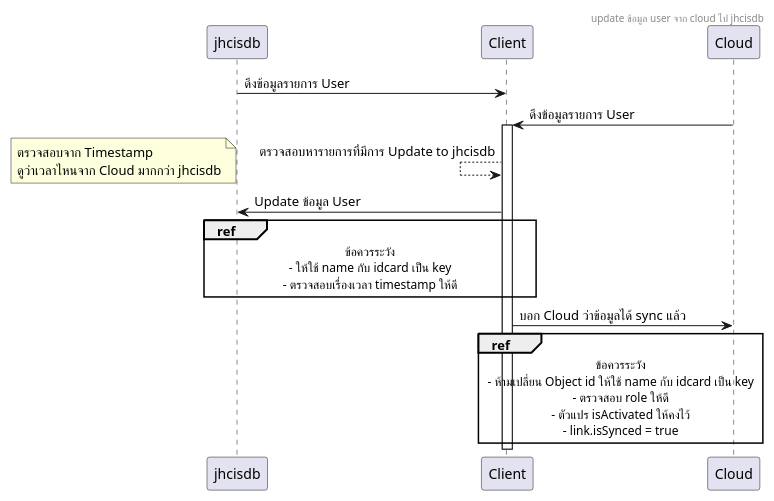
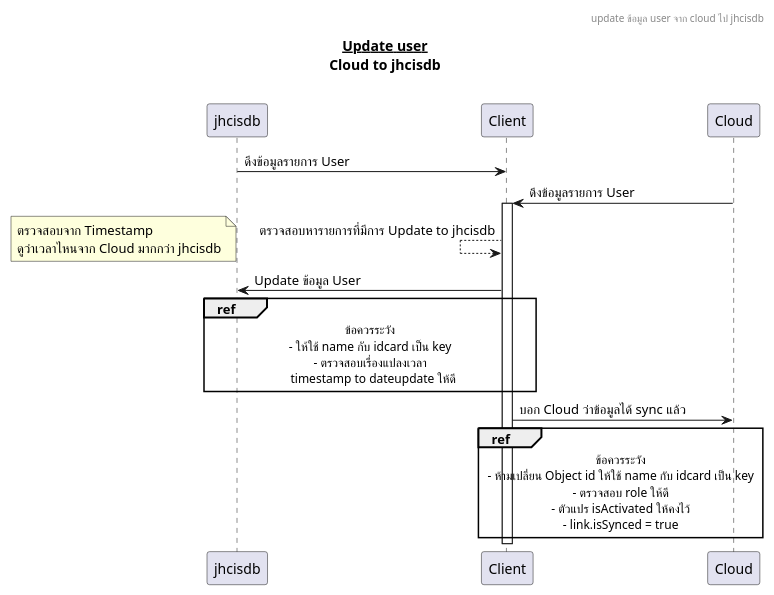
The diagram in uml/design_syncuser_cloud2client.plantuml (ffc-nectec/api-doc), drawn with PlantUML before and after one commit.

Commit message:
update plantuml flow

```diff
--- a/uml/design_syncuser_cloud2client.plantuml
+++ b/uml/design_syncuser_cloud2client.plantuml
@@ -1,29 +1,31 @@
 @startuml
-header update ข้อมูล user จาก cloud ไป jhcisdb 
+header update ข้อมูล user จาก cloud ไป jhcisdb
+title __**Update user**__\nCloud to jhcisdb\n
   jhcisdb -> Client: ดึงข้อมูลรายการ User
   Client <- Cloud: ดึงข้อมูลรายการ User
   activate Client
   Client <-- Client: ตรวจสอบหารายการที่มีการ Update to jhcisdb
   note left
     ตรวจสอบจาก Timestamp
     ดูว่าเวลาไหนจาก Cloud มากกว่า jhcisdb
   end note
 
   'Update ข้อมูล User ไป Jhcisdb
   jhcisdb <- Client: Update ข้อมูล User
   ref over jhcisdb, Client
     ข้อควรระวัง
     - ให้ใช้ name กับ idcard เป็น key
-    - ตรวจสอบเรื่องเวลา timestamp ให้ดี
+    - ตรวจสอบเรื่องแปลงเวลา
+      timestamp to dateupdate ให้ดี
   end ref
 
   Client -> Cloud: บอก Cloud ว่าข้อมูลได้ sync แล้ว
   ref over Client, Cloud
     ข้อควรระวัง
     - ห้ามเปลี่ยน Object id ให้ใช้ name กับ idcard เป็น key
     - ตรวจสอบ role ให้ดี
     - ตัวแปร isActivated ให้คงไว้
     - link.isSynced = true
   end ref
 
 @enduml
```
